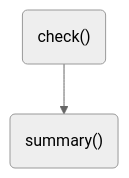
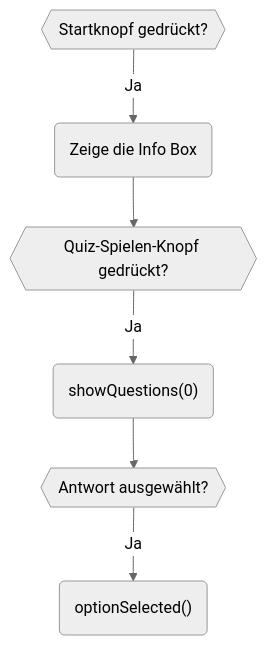
One commit to MaximilianKautzsch/webproject-year-10 changed the diagram in README.md. Above: the diagram before and after it, drawn with Mermaid. The commit also changed other lines of this file, not shown here.

Commit message:
Create initial mermaid flowchart as a form of documentation
- Start Button included
- need to integrate the rest of the algorithm

````diff
--- a/README.md
+++ b/README.md
@@ -23,9 +22,12 @@
 ```mermaid
 
 %%{init: {'theme':'neutral'}}%%
 
 graph TD
 
-markdown1("check()") --> markdown2("summary()")
-
+markdown1{{"Startknopf gedrückt?"}} -- Ja --> markdown2("Zeige die Info Box")
+markdown2 --> markdown3{{"Quiz-Spielen-Knopf gedrückt?"}}
+markdown3 -- Ja --> markdown4("showQuestions(0)")
+markdown4 --> markdown5{{"Antwort ausgewählt?"}}
+markdown5 -- Ja --> markdown6("optionSelected()")
 ```
````
